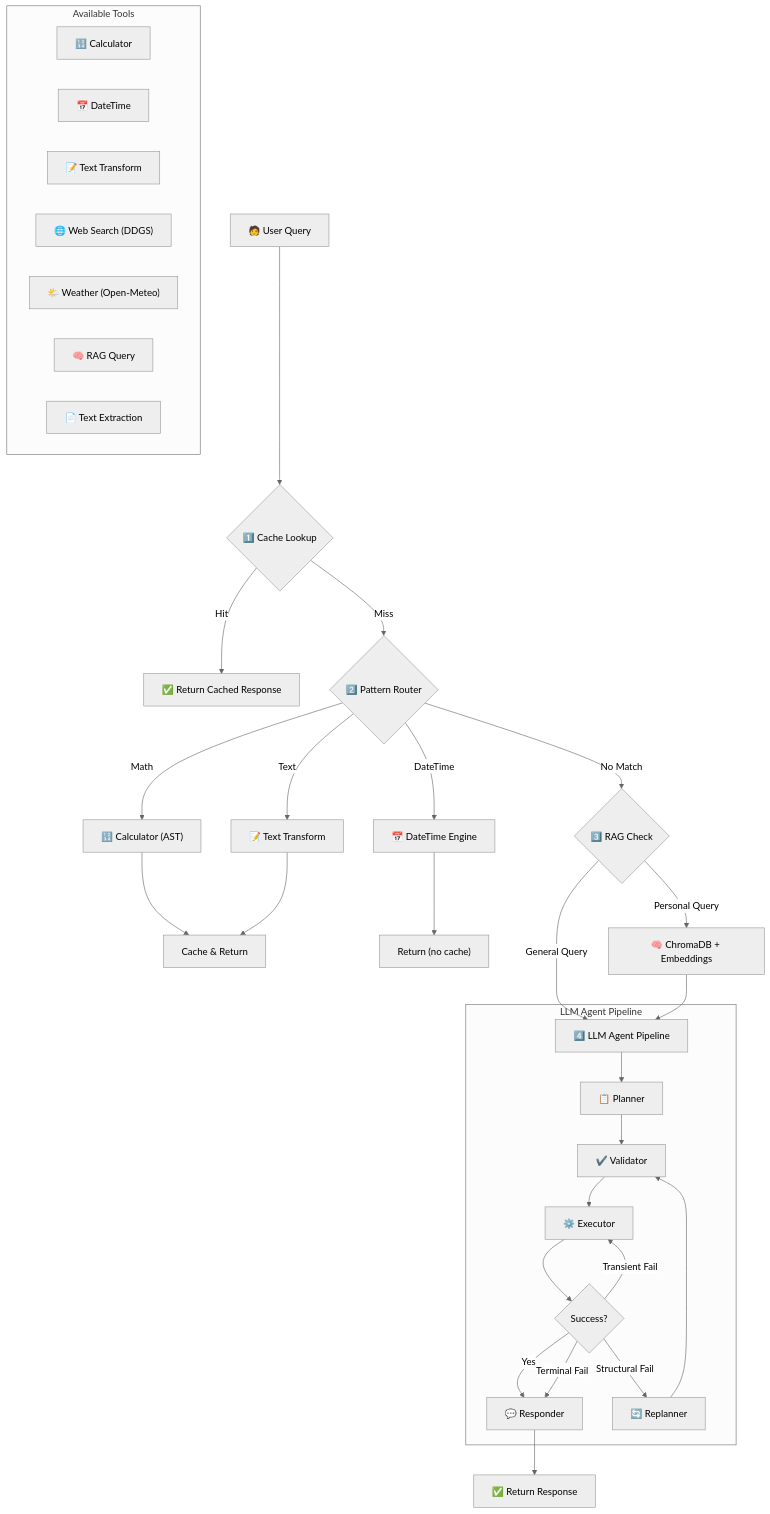
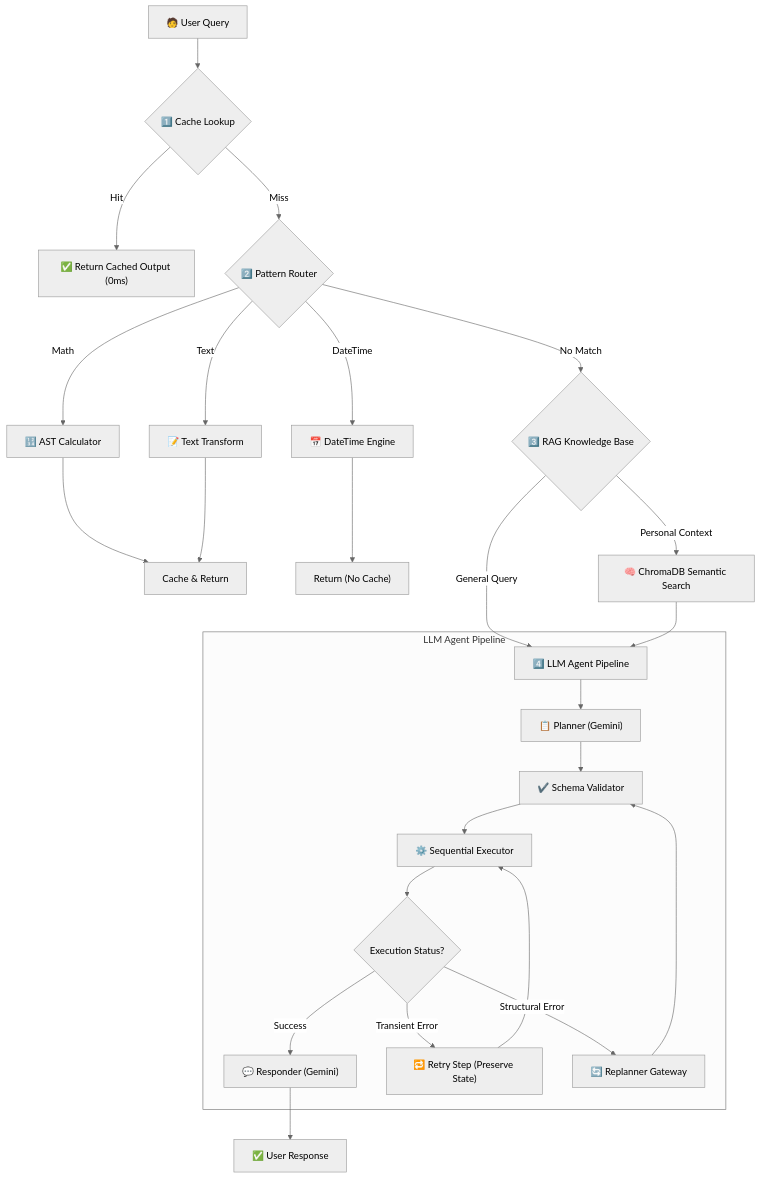
Before and after one commit to harshbhanushali26/ai-agent-engine: the diagram in README.md, drawn with Mermaid (neutral theme). The commit also changed other lines of this file and 18 other files, not shown here.

````diff
--- a/README.md
+++ b/README.md
@@ -124,45 +86,34 @@
 ```mermaid
 flowchart TD
     A["🧑 User Query"] --> B{"1️⃣ Cache Lookup"}
-    B -->|"Hit"| Z["✅ Return Cached Response"]
+    B -->|"Hit"| Z["✅ Return Cached Output (0ms)"]
     B -->|"Miss"| C{"2️⃣ Pattern Router"}
 
-    C -->|"Math"| D["🔢 Calculator (AST)"]
+    C -->|"Math"| D["🔢 AST Calculator"]
     C -->|"DateTime"| E["📅 DateTime Engine"]
     C -->|"Text"| F["📝 Text Transform"]
-    C -->|"No Match"| G{"3️⃣ RAG Check"}
+    C -->|"No Match"| G{"3️⃣ RAG Knowledge Base"}
 
     D --> H["Cache & Return"]
-    E --> I["Return (no cache)"]
+    E --> I["Return (No Cache)"]
     F --> H
 
-    G -->|"Personal Query"| J["🧠 ChromaDB + Embeddings"]
+    G -->|"Personal Context"| J["🧠 ChromaDB Semantic Search"]
     G -->|"General Query"| K["4️⃣ LLM Agent Pipeline"]
 
     J --> K
 
     subgraph LLM_Pipeline["LLM Agent Pipeline"]
-        K --> L["📋 Planner"]
-        L --> M["✔️ Validator"]
-        M --> N["⚙️ Executor"]
-        N --> O{"Success?"}
-        O -->|"Yes"| P["💬 Responder"]
-        O -->|"Transient Fail"| N
-        O -->|"Structural Fail"| Q["🔄 Replanner"]
+        K --> L["📋 Planner (Gemini)"]
+        L --> M["✔️ Schema Validator"]
+        M --> N["⚙️ Sequential Executor"]
+        N --> O{"Execution Status?"}
+        O -->|"Success"| P["💬 Responder (Gemini)"]
+        O -->|"Transient Error"| TR["🔁 Retry Step (Preserve State)"]
+        TR --> N
+        O -->|"Structural Error"| Q["🔄 Replanner Gateway"]
         Q --> M
-        O -->|"Terminal Fail"| P
     end
 
-    P --> R["✅ Return Response"]
-
-    subgraph Tools["Available Tools"]
-        T1["🔢 Calculator"]
-        T2["📅 DateTime"]
-        T3["📝 Text Transform"]
-        T4["🌐 Web Search (DDGS)"]
-        T5["🌤️ Weather (Open-Meteo)"]
-        T6["🧠 RAG Query"]
-        T7["📄 Text Extraction"]
-    end
- 
+    P --> OUT["✅ User Response"]
 ```
````
